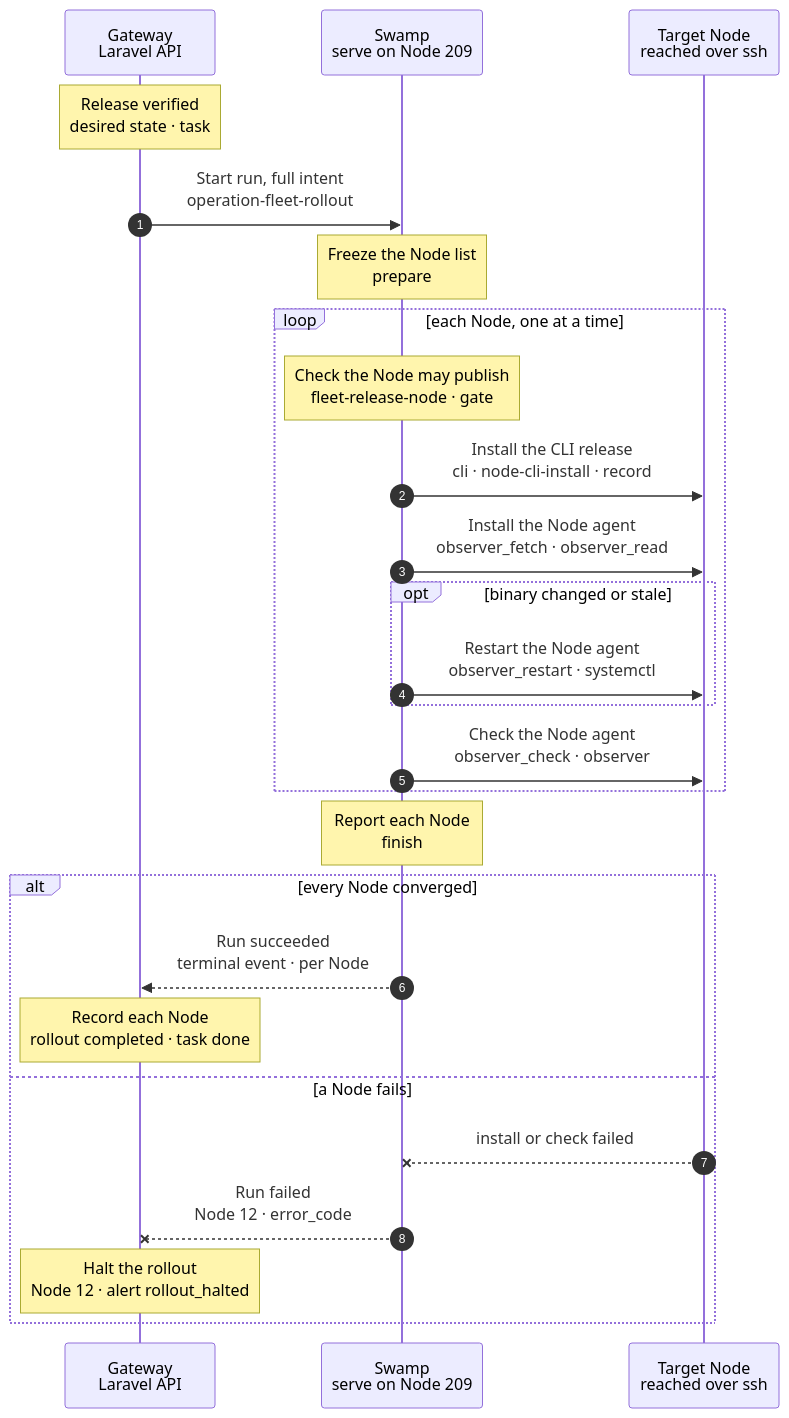
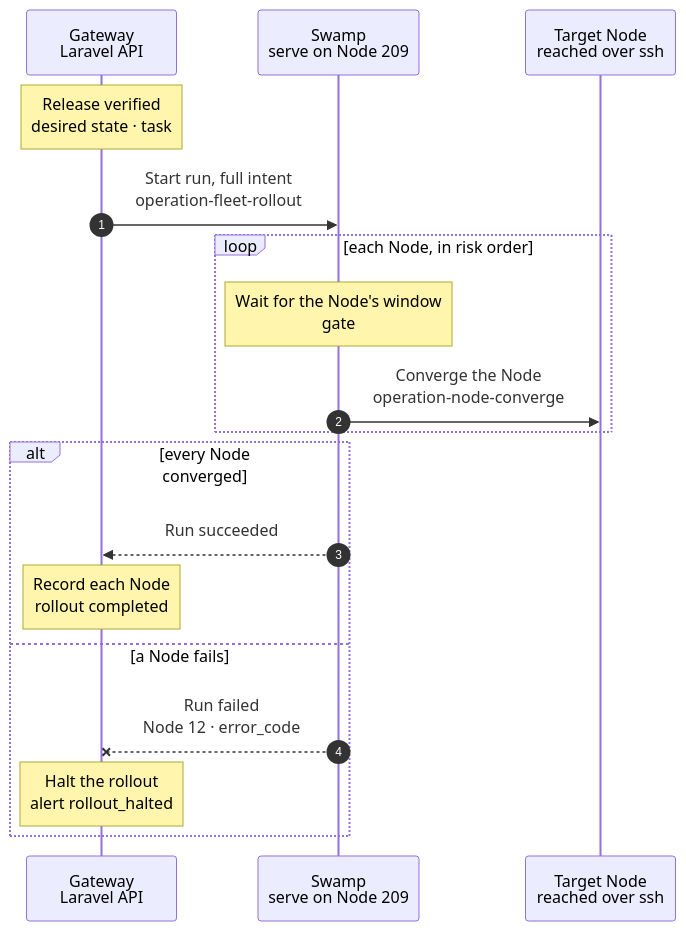
Before and after one commit to hardimpactdev/orbit: the diagram in docs/cli/fleet/rollout.mmd, drawn with Mermaid. The commit also changed 12 other files, not shown here.

First line of the commit message:
docs: design tested fleet software updates (ADR 0247 and charts)

```diff
--- a/docs/cli/fleet/rollout.mmd
+++ b/docs/cli/fleet/rollout.mmd
@@ -1,110 +1,43 @@
 sequenceDiagram
-  %% Target design: ADR 0244 task, DECISIONS R1-R4, agent-frozen-until-swamp-port, single-swamp-node. docs/reference/gateway-recovery.md#fleet-rollout.
-  %% Tightened: flow-tighten 2026-11-02, rule 22 (cfgmgmt fetch and link name the install steps).
-  %% Real steps 2026-11-02: prepare, node-N (fleet-release-node: gate, cli, record, observer_fetch, observer_read, observer_restart, observer_check, observer), finish.
+  %% Target design: fleet maintenance redesign 2026-11-03 (each Node visit runs node:converge; release after R3 starts the rollout). docs/reference/gateway-recovery.md#fleet-rollout.
   %% status: draft
   %% command: none · after each verified Gateway release
   %% kind: fleet.rollout
   autonumber
   %% lane GW icon=gateway pill=intent tone=blue
   %% lane SW icon=workflow pill=executes tone=green
   %% lane N icon=server pill=target tone=amber
   participant GW as Gateway<br/>Laravel API
   participant SW as Swamp<br/>serve on Node 209
   participant N as Target Node<br/>reached over ssh
   Note over GW: Release verified<br/>desired state · task #5160
   %%> When:
-  %%> - right after the Gateway verified a release, while `ORBIT_FLEET_ROLLOUT=true`
-  %%> - again when CI publishes a CLI release that was missing, or after `fleet:rollout:resume`
-  %%> Not included:
-  %%> - no command starts it; `fleet:rollout:status` shows it, `fleet:rollout:resume` resumes it after a halt
-  %%> - no per-minute Swamp poll admits it; the release itself is the trigger
+  %%> - the Swamp release run ended verified, while `ORBIT_FLEET_ROLLOUT=true`
+  %%> - again after `fleet:rollout:resume`
   %%> Requirements:
   %%> - no other rollout is running or halted
-  %%> - the CLI release of the commit is published, or an ancestor's release stands in after 30 minutes
-  %%> Input:
-  %%> - optional API field `node_ids` limits the run to those pending rollout members in their planned order
-  %%> - optional API field `rollout_id` must name the current rollout, or the run is refused
-  %%> - an ineligible listed Node is refused with `fleet.rollout_not_ready`
-  %%> What it decides:
-  %%> - the desired state: the CLI release with the SHA-256 of each binary, and the Node agent pin with its digests
-  %%> - the rollout set and order: active managed Linux Nodes with roles; task sandboxes, macOS Nodes, roleless Nodes and the Gateway's own Node stay out
-  %%> Result:
-  %%> - task #5160 recorded with the full intent; nothing has happened on a Node yet
+  %%> Builds:
+  %%> - the rollout set in risk order: `app-dev`, then `ci-runner` `metrics` `analytics`, then `database` `websocket` `vpn` `router`, then `app-prod` `ingress`
+  %%> - for each Node the same targets-only intent as `node:converge`
   GW->>SW: Start run, full intent<br/>operation-fleet-rollout
-  %%> What it does:
-  %%> - starts one Swamp run on serve (Node 209) for the admitted rollout set
-  %%> Inputs:
-  %%> - the Nodes in order, each with its address and SSH host keys; the SSH identity comes from the `swamp` role
-  %%> - the CLI release URL and digests, and the Node agent pin
-  Note over SW: Freeze the Node list<br/>prepare
-  %%> What it does:
-  %%> - reads the admitted intent once and records the Nodes in order
-  %%> Runs as:
-  %%> - a step on Node 209
-  loop each Node, one at a time
-    Note over SW: Check the Node may publish<br/>fleet-release-node · gate
-    %%> What it does:
-    %%> - the `fleet-release-node` child starts on Node 209; its `gate` step checks that every earlier Node succeeded, that the task is not cancelled, and that the Node's window is open
-    %%> - a skipped Node, a planning error or a closed window records the outcome without touching the Node
+  loop each Node, in risk order
+    Note over SW: Wait for the Node's window<br/>gate
     %%> Why:
-    %%> - the loop runs one Node at a time, so a failed Node stops every later one
-    SW->>N: Install the CLI release<br/>cli · node-cli-install · record
-    %%> How:
-    %%> - Swamp reaches Node 12 over SSH from 209, with `@swamp/ssh` and the admitted host keys
-    %%> What it does:
-    %%> - reads `orbit --version`; a Node that runs this release, a newer one, or a commit build keeps it
-    %%> - otherwise downloads the release with `@swamp/cfgmgmt/fetch` and its `checksum`, checks the new file reports the release version, and switches the link with `@swamp/cfgmgmt/link`
-    %%> - a file that does not report a valid Orbit version is replaced by the admitted release
-    %%> - writes root's profile, 0600, with `@swamp/cfgmgmt/file`
-    %%> - the `record` step on Node 209 then records `converged` or `unchanged` with the CLI version, or `cli.install_failed`
-    SW->>N: Install the Node agent<br/>observer_fetch · observer_read
-    %%> When:
-    %%> - only in a rollout, and only after the Node's CLI succeeded
-    %%> What it does:
-    %%> - `observer_fetch` writes the pinned agent to `/usr/local/bin/orbit-agent` with `@swamp/cfgmgmt/fetch` and its `checksum`, only when its SHA-256 differs
-    %%> - beside it, `observer_read` prints the running service's binary digest with one `@swamp/ssh exec`
-    %%> Today:
-    %%> - the Node agent is frozen at its pin, so the fetch changes nothing
-    %%> Not included:
-    %%> - Caddy, DNS, PHP and role files; `node.converge` owns those
-    opt binary changed or stale
-      SW->>N: Restart the Node agent<br/>observer_restart · systemctl
-      %%> When:
-      %%> - the fetch wrote a new binary, or the running digest differs from the pin
-      %%> What it does:
-      %%> - `systemctl restart orbit-agent.service`
-    end
-    SW->>N: Check the Node agent<br/>observer_check · observer
-    %%> What it does:
-    %%> - `observer_check` reads the running digest again; `observer` on Node 209 records the agent version when the pinned digest runs on an active unit
-    %%> Result:
-    %%> - `agent.download_failed`, `agent.restart_failed` or `agent.observer_unhealthy` names the failed part
+    %%> - `app-dev`-only Nodes go at any hour; others only 03:00–06:00 Europe/Amsterdam
+    %%> - a closed window defers the Node to the catch-up; it is not a failure
+    SW->>N: Converge the Node<br/>operation-node-converge
+    %%> Why the same workflow:
+    %%> - one way to bring a Node to the release
+    %%> - a failed Tool does not fail the Node; Doctor shows it
   end
-  Note over SW: Report each Node<br/>finish
-  %%> What it does:
-  %%> - reads each Node's `observer` output, or its `record` output when no observer ran, and returns one bounded result per Node
   alt every Node converged
-    SW-->>GW: Run succeeded<br/>terminal event · per Node
-    %%> How the Gateway learns it:
-    %%> - its shared run reader sees the terminal event; Swamp never calls the Gateway
-    Note over GW: Record each Node<br/>rollout completed · task done
-    %%> Result:
-    %%> - each Node's outcome on the rollout record; `fleet:rollout:status` shows it
-    %%> - unreachable Nodes changed nothing; they stay `pending` for the next catch-up
-    %%> - task #5160 succeeds
+    SW-->>GW: Run succeeded
+    Note over GW: Record each Node<br/>rollout completed
   else a Node fails
-    N--xSW: install or check failed
-    %%> When:
-    %%> - a download, checksum, version check, link or observer publish fails on Node 12
     SW--xGW: Run failed<br/>Node 12 · error_code
-    %%> What it does:
-    %%> - Swamp visits no later Node, so one bad release breaks at most one Node
-    Note over GW: Halt the rollout<br/>Node 12 · alert rollout_halted
-    %%> Result:
-    %%> - the rollout is `halted` at Node 12 and raises `rollout_halted`; task #5160 fails
-    %%> On the Node:
-    %%> - the old CLI link stays when the switch did not happen; there is no rollback
+    %%> Why stop:
+    %%> - later Nodes are not visited, so one bad release breaks at most one Node
+    Note over GW: Halt the rollout<br/>alert rollout_halted
     %%> Retry:
-    %%> - fix the cause, then `fleet:rollout:resume` (Node 12 first) or `fleet:rollout:resume --skip=12`; it is a new task
+    %%> - fix the cause, then `fleet:rollout:resume` (Node 12 first) or `--skip=12`
   end
```
